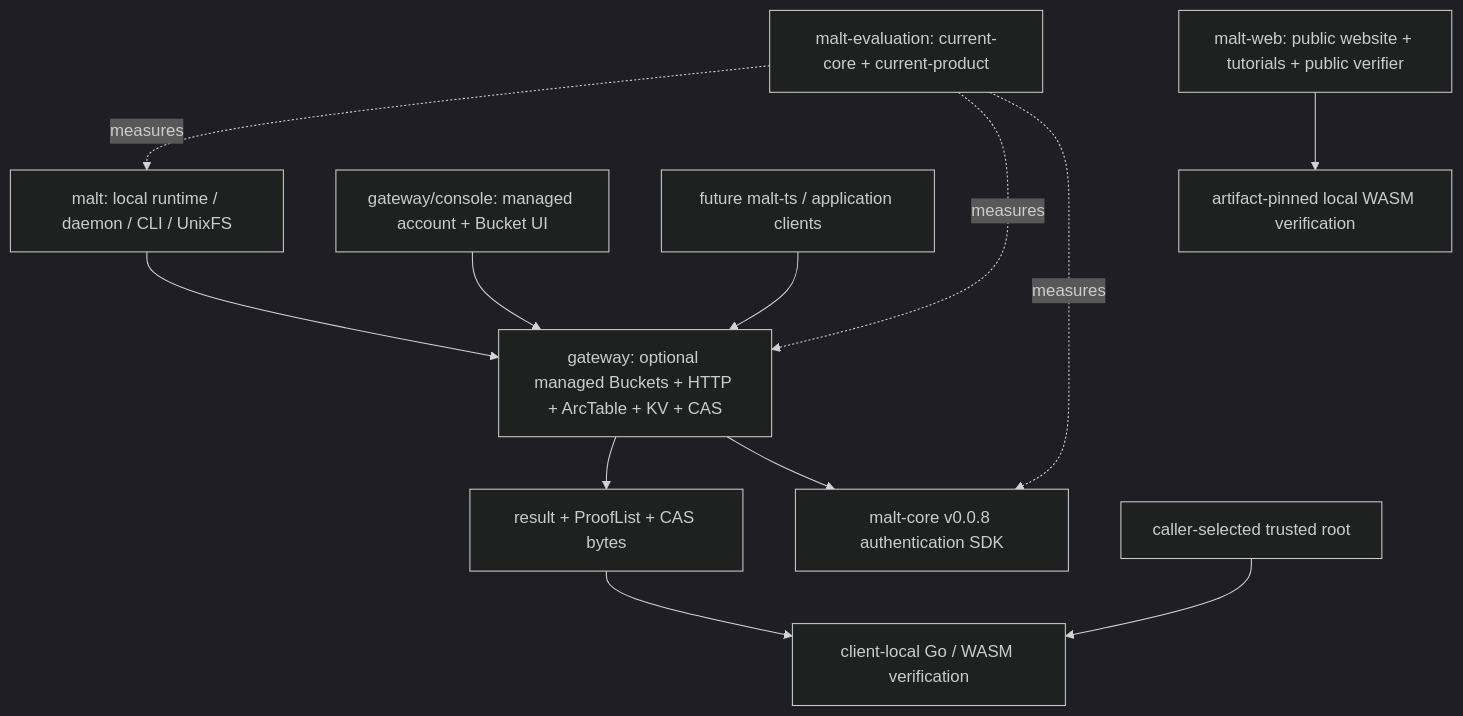
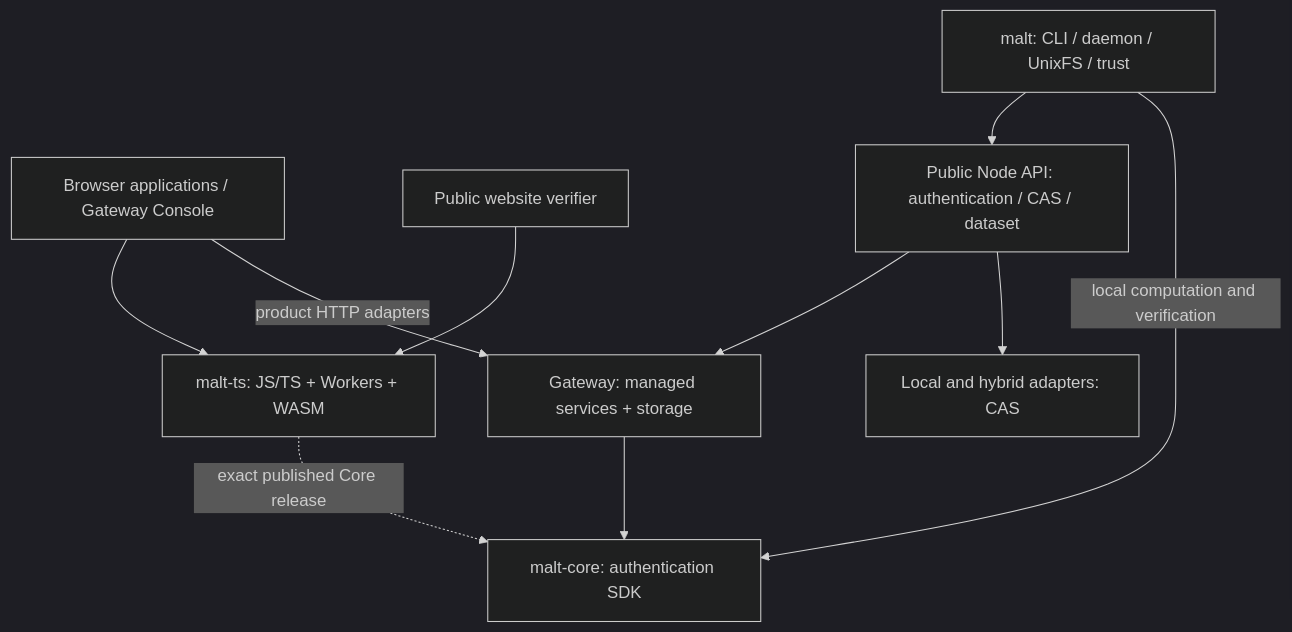
The diagram in profile/README.md (DeWebProtocol/.github), drawn with Mermaid (dark theme) before and after one commit. The commit also changed other lines of this file and 3 other files, not shown here.

````diff
--- a/profile/README.md
+++ b/profile/README.md
@@ -38,14 +40,12 @@
 ```mermaid
-flowchart TB
-  native["malt: local runtime / daemon / CLI / UnixFS"] --> gateway["gateway: optional managed Buckets + HTTP + ArcTable + KV + CAS"]
-  console["gateway/console: managed account + Bucket UI"] --> gateway
-  future["future malt-ts / application clients"] --> gateway
-  gateway --> core["malt-core v0.0.8 authentication SDK"]
-  gateway --> result["result + ProofList + CAS bytes"]
-  result --> local["client-local Go / WASM verification"]
-  trusted["caller-selected trusted root"] --> local
-  web["malt-web: public website + tutorials + public verifier"] --> publicverify["artifact-pinned local WASM verification"]
-  evaluation["malt-evaluation: current-core + current-product"] -. measures .-> core
-  evaluation -. measures .-> gateway
-  evaluation -. measures .-> native
+flowchart TD
+  browser["Browser applications / Gateway Console"] --> sdk["malt-ts: JS/TS + Workers + WASM"]
+  web["Public website verifier"] --> sdk
+  browser -->|product HTTP adapters| gateway["Gateway: managed services + storage"]
+  native["malt: CLI / daemon / UnixFS / trust"] --> api["Public Node API: authentication / CAS / dataset"]
+  api --> gateway
+  api --> local["Local and hybrid adapters: CAS"]
+  gateway --> core["malt-core: authentication SDK"]
+  native -->|local computation and verification| core
+  sdk -. exact published Core release .-> core
 ```
````
